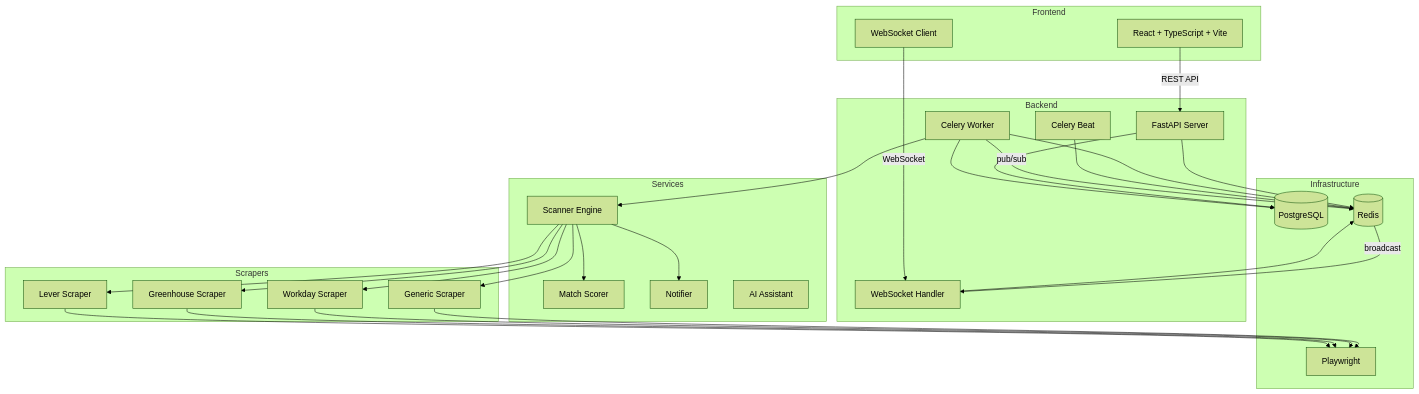
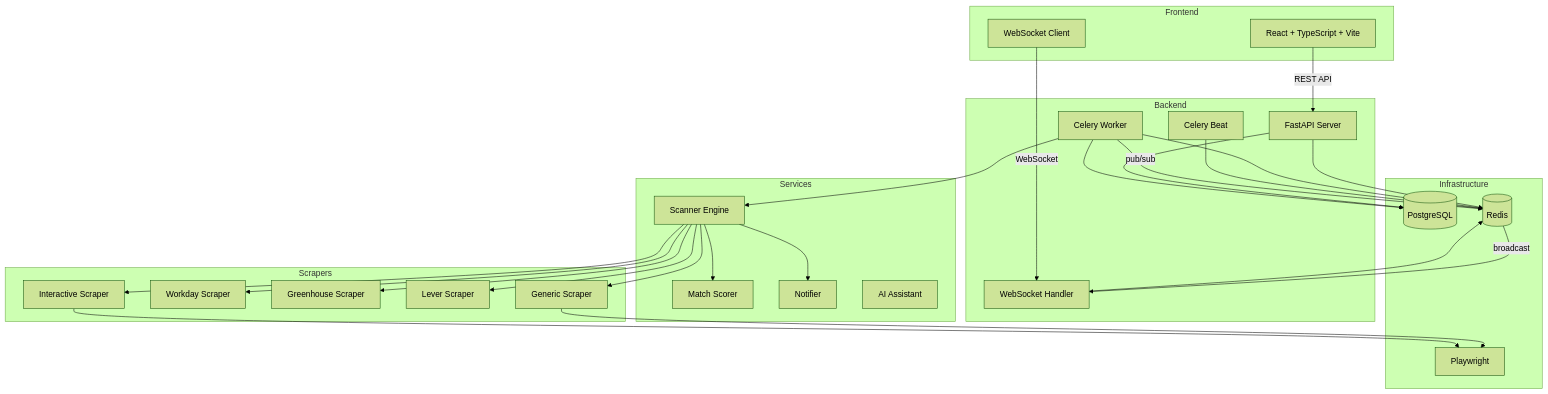
Before and after one commit to TRA3H/hunter: the diagram in README.md, drawn with Mermaid (forest theme). The commit also changed other lines of this file and 9 other files, not shown here.

````diff
--- a/README.md
+++ b/README.md
@@ -9,49 +9,50 @@
 ```mermaid
 graph TB
     subgraph Frontend
         UI[React + TypeScript + Vite]
         WS_CLIENT[WebSocket Client]
     end
 
     subgraph Backend
         API[FastAPI Server]
         WS_SERVER[WebSocket Handler]
         CELERY_W[Celery Worker]
         CELERY_B[Celery Beat]
     end
 
     subgraph Scrapers
         GENERIC[Generic Scraper]
         WORKDAY[Workday Scraper]
         GREENHOUSE[Greenhouse Scraper]
         LEVER[Lever Scraper]
+        INTERACTIVE[Interactive Scraper]
     end
 
     subgraph Services
         SCANNER[Scanner Engine]
         MATCHER[Match Scorer]
         NOTIFIER[Notifier]
         AI[AI Assistant]
     end
 
     subgraph Infrastructure
         PG[(PostgreSQL)]
         REDIS[(Redis)]
         PW[Playwright]
     end
 
     UI -->|REST API| API
     WS_CLIENT -->|WebSocket| WS_SERVER
     API --> PG
     API --> REDIS
     CELERY_W --> PG
     CELERY_W --> REDIS
     CELERY_B --> REDIS
     CELERY_W --> SCANNER
-    SCANNER --> GENERIC & WORKDAY & GREENHOUSE & LEVER
-    GENERIC & WORKDAY & GREENHOUSE & LEVER --> PW
+    SCANNER --> GENERIC & WORKDAY & GREENHOUSE & LEVER & INTERACTIVE
+    GENERIC & INTERACTIVE --> PW
     SCANNER --> MATCHER
     SCANNER --> NOTIFIER
     WS_SERVER --> REDIS
     CELERY_W -->|pub/sub| REDIS -->|broadcast| WS_SERVER
 ```
````
